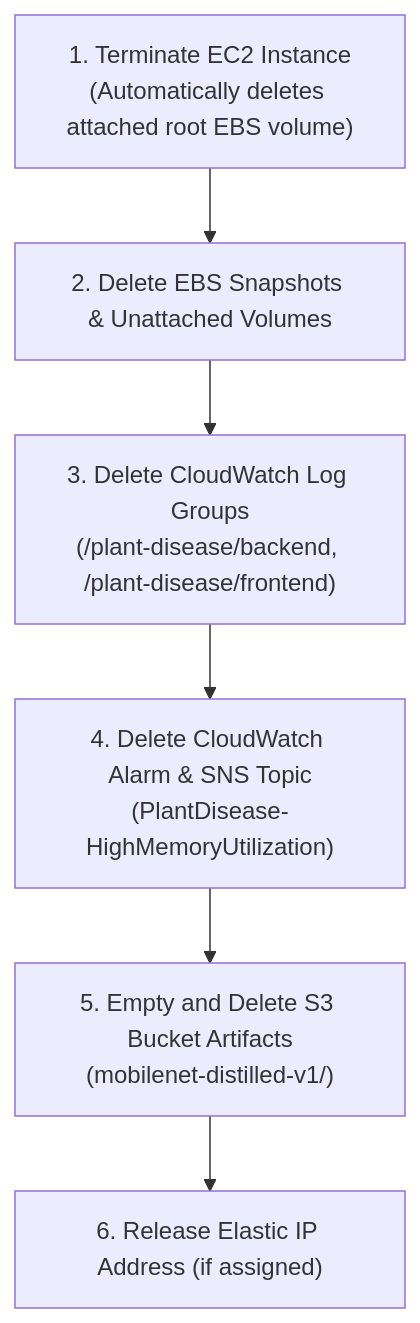
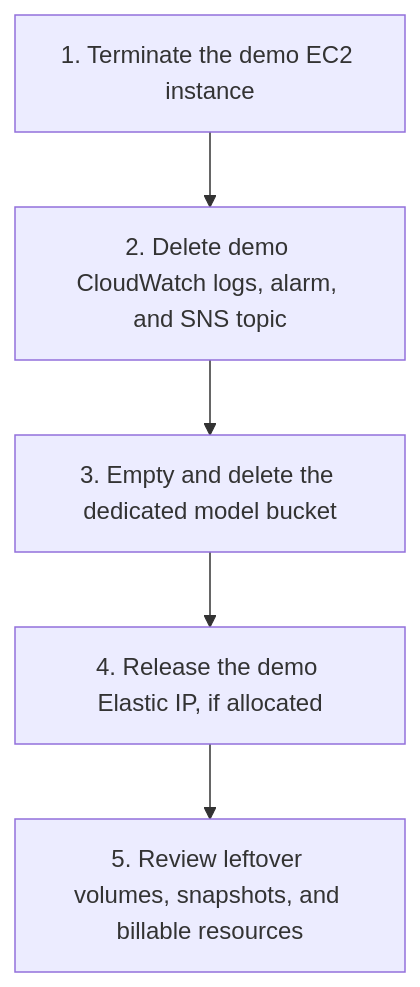
One commit to starkkk1/starkkk1.github.io changed the diagram in content/5-Workshop/5.6-Operations-cleanup/_index.md. Above: the diagram before and after it, drawn with Mermaid. The commit also changed other lines of this file and 11 other files, not shown here.

````diff
--- a/content/5-Workshop/5.6-Operations-cleanup/_index.md
+++ b/content/5-Workshop/5.6-Operations-cleanup/_index.md
@@ -58,15 +58,13 @@
 ```mermaid
 graph TD
-    Step1["1. Terminate EC2 Instance<br/>(Automatically deletes attached root EBS volume)"]
-    Step2["2. Delete EBS Snapshots & Unattached Volumes"]
-    Step3["3. Delete CloudWatch Log Groups<br/>(/plant-disease/backend, /plant-disease/frontend)"]
-    Step4["4. Delete CloudWatch Alarm & SNS Topic<br/>(PlantDisease-HighMemoryUtilization)"]
-    Step5["5. Empty and Delete S3 Bucket Artifacts<br/>(mobilenet-distilled-v1/)"]
-    Step6["6. Release Elastic IP Address (if assigned)"]
+    Step1["1. Terminate the demo EC2 instance"]
+    Step2["2. Delete demo CloudWatch logs, alarm, and SNS topic"]
+    Step3["3. Empty and delete the dedicated model bucket"]
+    Step4["4. Release the demo Elastic IP, if allocated"]
+    Step5["5. Review leftover volumes, snapshots, and billable resources"]
     
     Step1 --> Step2
     Step2 --> Step3
     Step3 --> Step4
     Step4 --> Step5
-    Step5 --> Step6
 ```
````
